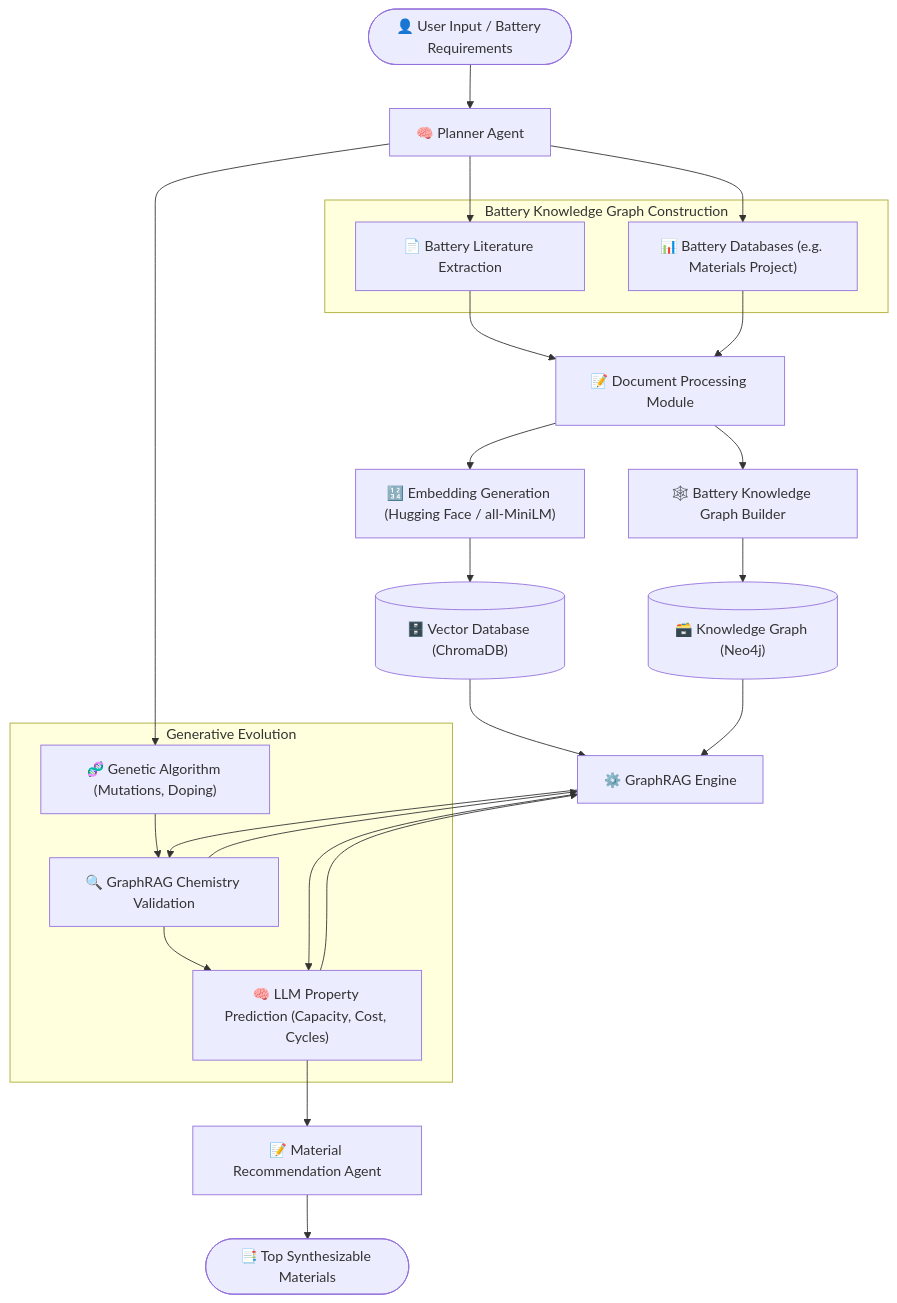
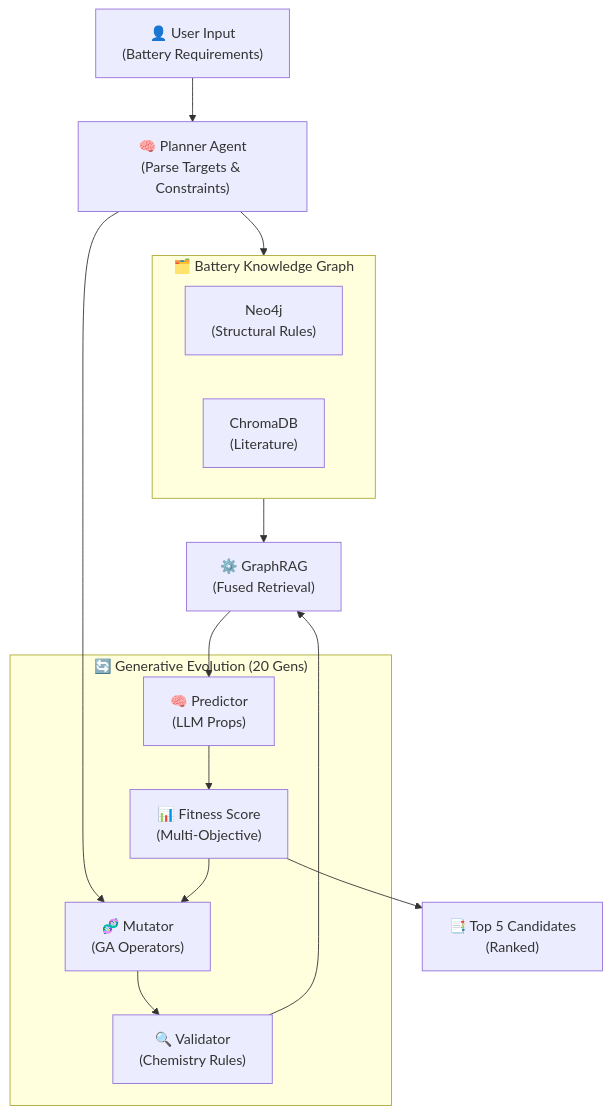
Before and after one commit to Rahul-8283/AURA_Data_Driven: the first of 3 diagrams in README.md, drawn with Mermaid. The commit also changed other lines of this file, not shown here.

Commit message:
refactor: entire readme file, based on curent project implementation

````diff
--- a/README.md
+++ b/README.md
@@ -25,56 +58,32 @@
 ```mermaid
 graph TD
-    User(["👤 User Input / Battery Requirements"])
-    Planner["🧠 Planner Agent"]
+    User["👤 User Input<br/>(Battery Requirements)"]
+    Planner["🧠 Planner Agent<br/>(Parse Targets & Constraints)"]
     
-    subgraph Battery Knowledge Graph Construction
-        Papers["📄 Battery Literature Extraction"]
-        Datasets["📊 Battery Databases (e.g. Materials Project)"]
-    end
-
-    DocProc["📝 Document Processing Module"]
-    Embeddings["🔢 Embedding Generation (Hugging Face / all-MiniLM)"]
-    
-    Chroma[("🗄️ Vector Database (ChromaDB)")]
-    KG["🕸️ Battery Knowledge Graph Builder"]
-    Neo4j[("🗃️ Knowledge Graph (Neo4j)")]
-    
-    GraphRAG["⚙️ GraphRAG Engine"]
-    
-    subgraph Generative Evolution
-        GA["🧬 Genetic Algorithm (Mutations, Doping)"]
-        Validation["🔍 GraphRAG Chemistry Validation"]
-        LLM["🧠 LLM Property Prediction (Capacity, Cost, Cycles)"]
+    subgraph Knowledge["🗂️ Battery Knowledge Graph"]
+        Neo4j["Neo4j<br/>(Structural Rules)"]
+        Chroma["ChromaDB<br/>(Literature)"]
     end
     
-    ReportAgent["📝 Material Recommendation Agent"]
-    FinalReport(["📑 Top Synthesizable Materials"])
-
-    %% Connections
+    GraphRAG["⚙️ GraphRAG<br/>(Fused Retrieval)"]
+    
+    subgraph Evolution["🔄 Generative Evolution (20 Gens)"]
+        Mutator["🧬 Mutator<br/>(GA Operators)"]
+        Validator["🔍 Validator<br/>(Chemistry Rules)"]
+        Predictor["🧠 Predictor<br/>(LLM Props)"]
+        Fitness["📊 Fitness Score<br/>(Multi-Objective)"]
+    end
+    
+    Results["📑 Top 5 Candidates<br/>(Ranked)"]
+    
     User --> Planner
-    Planner --> Papers
-    Planner --> Datasets
-    
-    Papers --> DocProc
-    Datasets --> DocProc
-    
-    DocProc --> Embeddings
-    DocProc --> KG
-    
-    Embeddings --> Chroma
-    KG --> Neo4j
-    
-    Chroma --> GraphRAG
-    Neo4j --> GraphRAG
-    
-    Planner --> GA
-    GA --> Validation
-    Validation --> GraphRAG
-    GraphRAG --> Validation
-    Validation --> LLM
-    LLM --> GraphRAG
-    GraphRAG --> LLM
-    
-    LLM --> ReportAgent
-    ReportAgent --> FinalReport
+    Planner --> Knowledge
+    Knowledge --> GraphRAG
+    Planner --> Mutator
+    Mutator --> Validator
+    Validator --> GraphRAG
+    GraphRAG --> Predictor
+    Predictor --> Fitness
+    Fitness --> Mutator
+    Fitness --> Results
 ```
````
